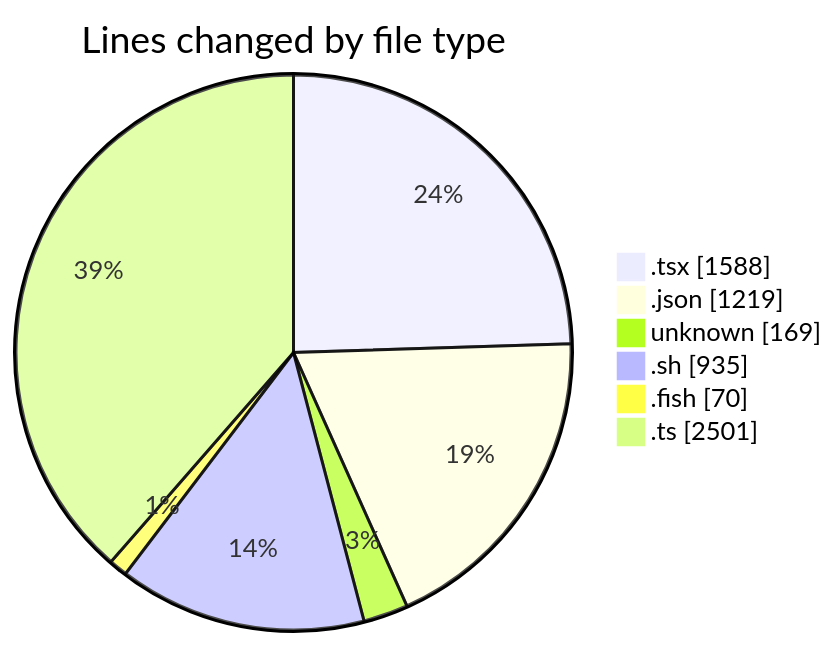
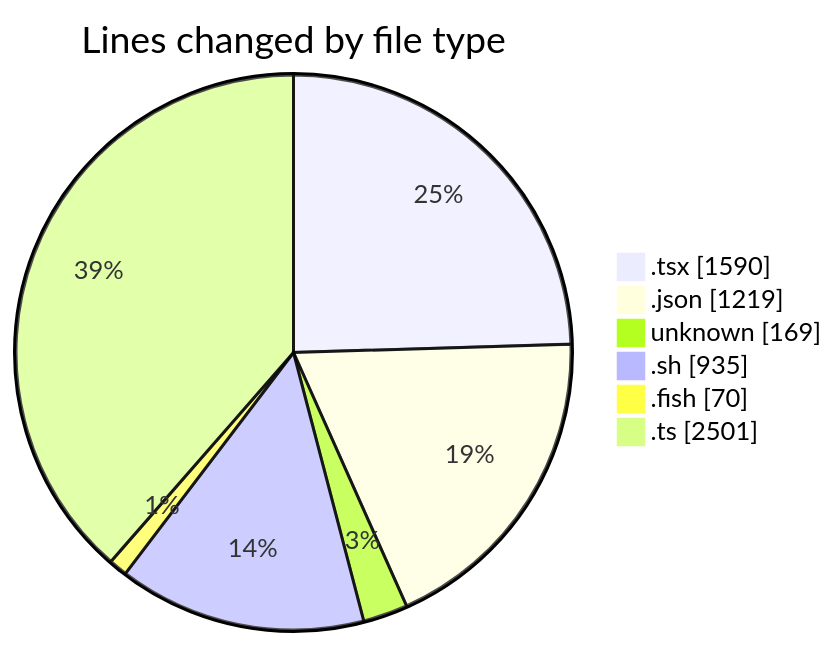
Before and after one commit to EIIisD/code-tracking: the first of 2 diagrams in 2025-07-17/ribbon/README.md, drawn with Mermaid. The commit also changed other lines of this file and 1 other file, not shown here.

````diff
--- a/2025-07-17/ribbon/README.md
+++ b/2025-07-17/ribbon/README.md
@@ -53,10 +53,10 @@
 ```mermaid
 pie showData
 title Lines changed by file type
-".tsx" : 1588
+".tsx" : 1590
 ".json" : 1219
 "unknown" : 169
 ".sh" : 935
 ".fish" : 70
 ".ts" : 2501
 ```
````
